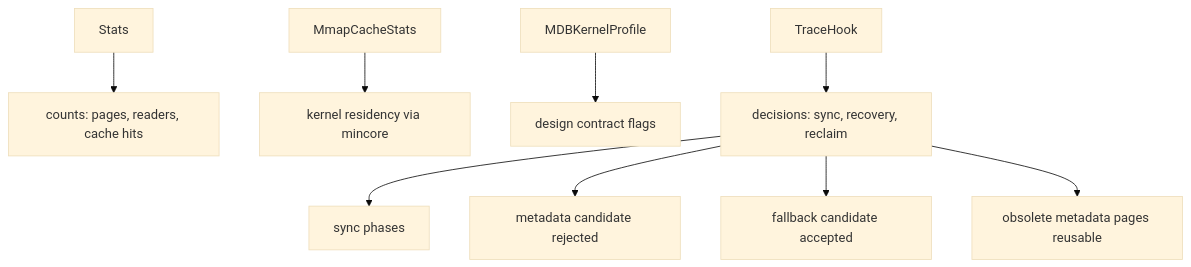
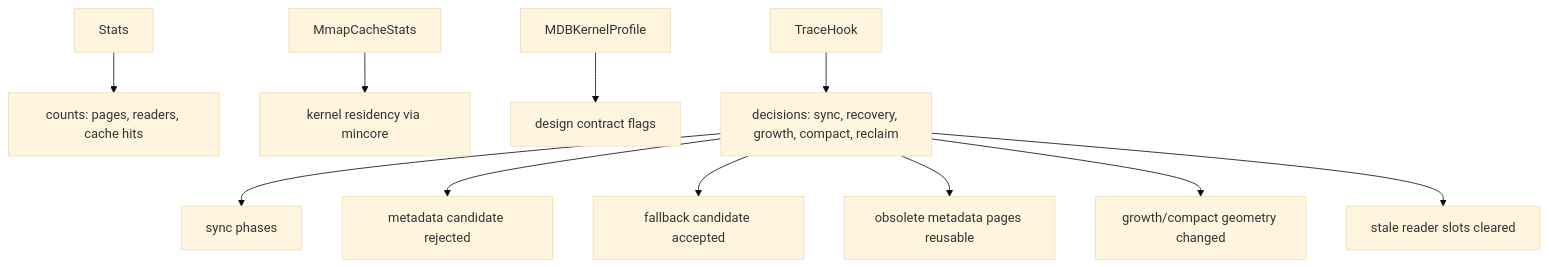
One commit to hadamrd/cow-btree-course changed diagram 16 of 17 in docs/00-storage-engine-course.md. Above: the diagram before and after it, drawn with Mermaid (base theme). The commit also changed other lines of this file and 9 other files, not shown here.

````diff
--- a/docs/00-storage-engine-course.md
+++ b/docs/00-storage-engine-course.md
@@ -544,12 +544,14 @@
 ```mermaid
 flowchart TD
     S["Stats"] --> C["counts: pages, readers, cache hits"]
     M["MmapCacheStats"] --> R["kernel residency via mincore"]
     P["MDBKernelProfile"] --> K["design contract flags"]
-    T["TraceHook"] --> E["decisions: sync, recovery, reclaim"]
+    T["TraceHook"] --> E["decisions: sync, recovery, growth, compact, reclaim"]
 
     E --> A["sync phases"]
     E --> B["metadata candidate rejected"]
     E --> D["fallback candidate accepted"]
     E --> F["obsolete metadata pages reusable"]
+    E --> G["growth/compact geometry changed"]
+    E --> H["stale reader slots cleared"]
 ```
````
